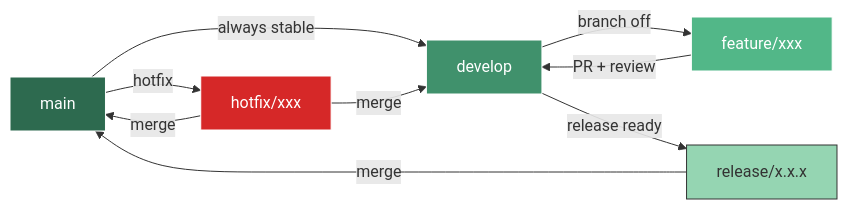
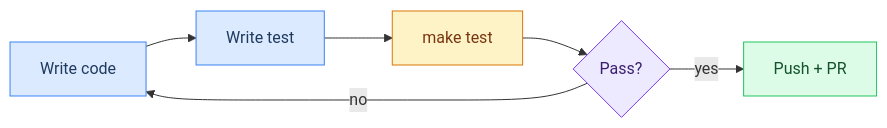
The eighth of 13 diagrams in CONTRIBUTING.md (Univers42/transcendance), drawn with Mermaid before and after one commit. The commit also changed other lines of this file, not shown here.

````diff
--- a/CONTRIBUTING.md
+++ b/CONTRIBUTING.md
@@ -951,17 +552,14 @@
 ```mermaid
 graph LR
-    A[main] -->|"always stable"| B[develop]
-    B -->|"branch off"| C[feature/xxx]
-    C -->|"PR + review"| B
-    B -->|"release ready"| D[release/x.x.x]
-    D -->|"merge"| A
-    A -->|"hotfix"| E[hotfix/xxx]
-    E -->|"merge"| A
-    E -->|"merge"| B
+    write["Write code"] --> test["Write test"]
+    test --> run["make test"]
+    run --> pass{Pass?}
+    pass -- "yes" --> push["Push + PR"]
+    pass -- "no" --> write
 
-    style A fill:#2d6a4f,stroke:#fff,color:#fff
-    style B fill:#40916c,stroke:#fff,color:#fff
-    style C fill:#52b788,stroke:#fff,color:#fff
-    style D fill:#95d5b2,stroke:#333,color:#333
-    style E fill:#d62828,stroke:#fff,color:#fff
+    style write fill:#dbeafe,stroke:#3b82f6,color:#1e3a5f
+    style test fill:#dbeafe,stroke:#3b82f6,color:#1e3a5f
+    style run fill:#fef3c7,stroke:#d97706,color:#78350f
+    style pass fill:#ede9fe,stroke:#7c3aed,color:#3b1f6e
+    style push fill:#dcfce7,stroke:#22c55e,color:#14532d
 ```
````
